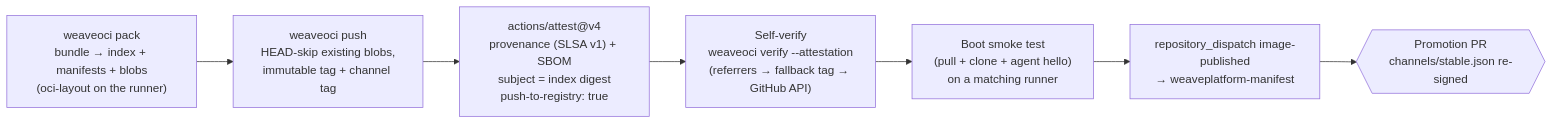
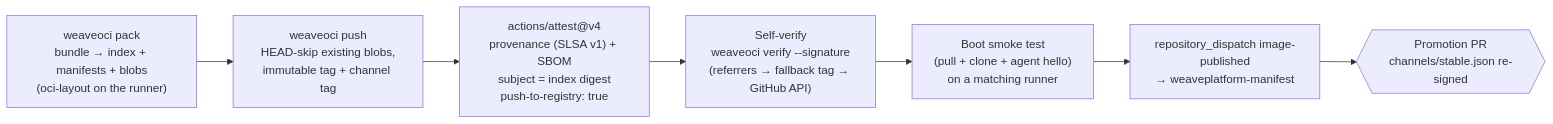
Before and after one commit to weaveplatform/weaveplatform-oci: the fourth of 5 diagrams in docs/research/07-build-pipelines.md, drawn with Mermaid. The commit also changed other lines of this file and 151 other files, not shown here.

````diff
--- a/docs/research/07-build-pipelines.md
+++ b/docs/research/07-build-pipelines.md
@@ -185,9 +189,9 @@
 ```mermaid
 flowchart LR
     pack["weaveoci pack<br/>bundle → index + manifests + blobs<br/>(oci-layout on the runner)"] --> push["weaveoci push<br/>HEAD-skip existing blobs,<br/>immutable tag + channel tag"]
     push --> attest["actions/attest@v4<br/>provenance (SLSA v1) + SBOM<br/>subject = index digest<br/>push-to-registry: true"]
-    attest --> self["Self-verify<br/>weaveoci verify --attestation<br/>(referrers → fallback tag → GitHub API)"]
+    attest --> self["Self-verify<br/>weaveoci verify --signature<br/>(referrers → fallback tag → GitHub API)"]
     self --> smoke["Boot smoke test<br/>(pull + clone + agent hello)<br/>on a matching runner"]
     smoke --> dispatch["repository_dispatch image-published<br/>→ weaveplatform-manifest"]
     dispatch --> promo{{"Promotion PR<br/>channels/stable.json re-signed"}}
 ```
````
